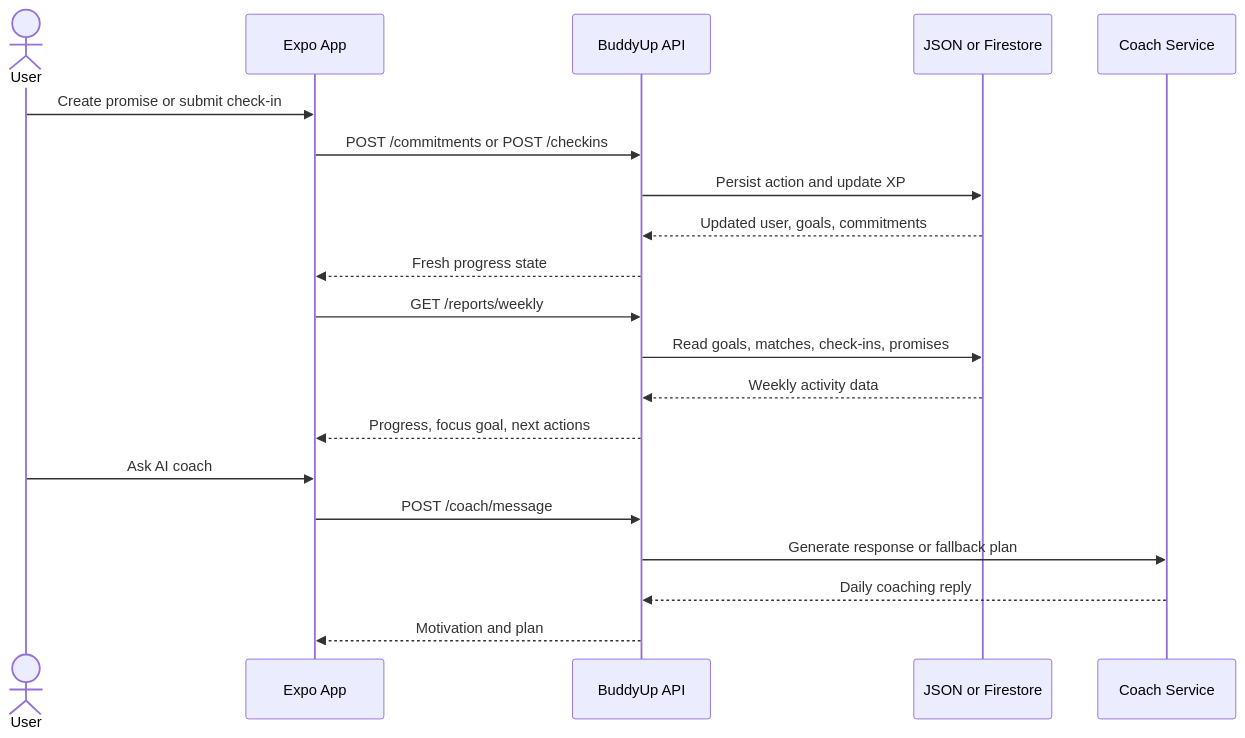
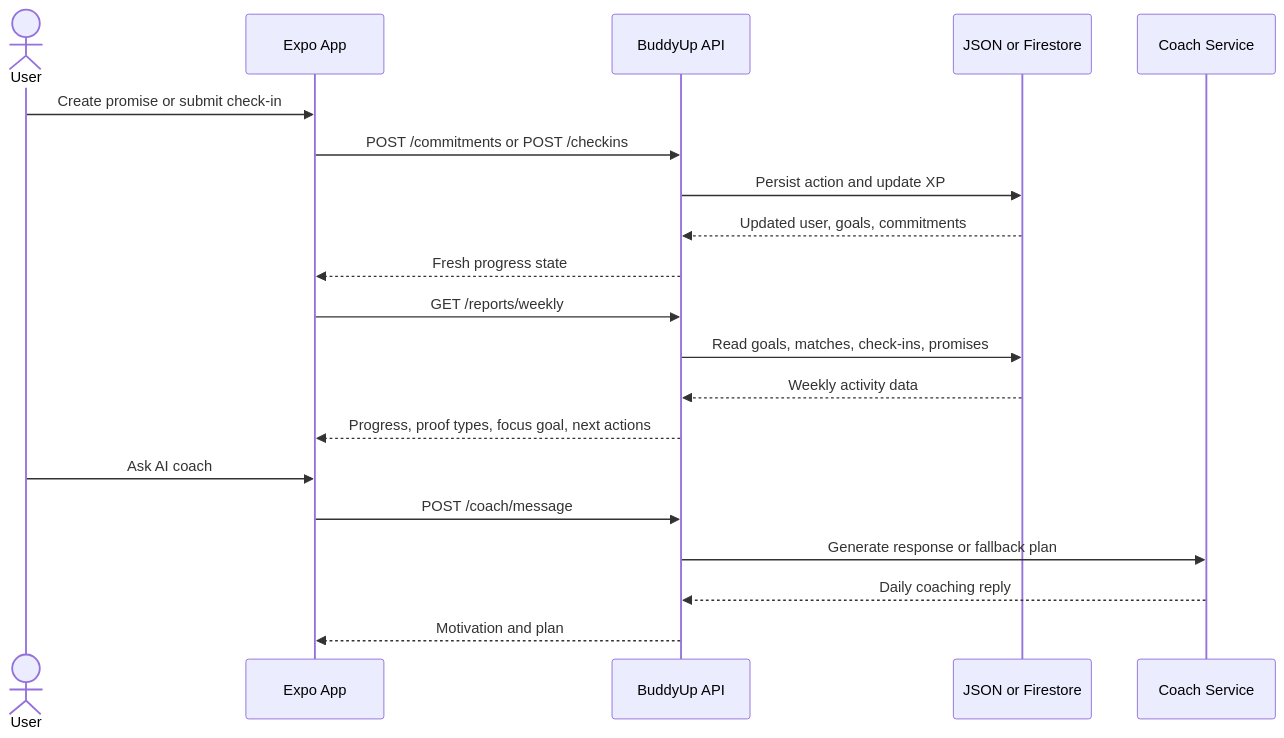
One commit to AsadullahBajwa/buddyUp changed the fourth of 5 diagrams in README.md. Above: the diagram before and after it, drawn with Mermaid. The commit also changed other lines of this file and 1 other file, not shown here.

Commit message:
Document recommendation and proof insights

````diff
--- a/README.md
+++ b/README.md
@@ -216,23 +218,23 @@
 ```mermaid
 sequenceDiagram
   actor User
   participant App as Expo App
   participant API as BuddyUp API
   participant Store as JSON or Firestore
   participant Coach as Coach Service
 
   User->>App: Create promise or submit check-in
   App->>API: POST /commitments or POST /checkins
   API->>Store: Persist action and update XP
   Store-->>API: Updated user, goals, commitments
   API-->>App: Fresh progress state
   App->>API: GET /reports/weekly
   API->>Store: Read goals, matches, check-ins, promises
   Store-->>API: Weekly activity data
-  API-->>App: Progress, focus goal, next actions
+  API-->>App: Progress, proof types, focus goal, next actions
   User->>App: Ask AI coach
   App->>API: POST /coach/message
   API->>Coach: Generate response or fallback plan
   Coach-->>API: Daily coaching reply
   API-->>App: Motivation and plan
 ```
````
